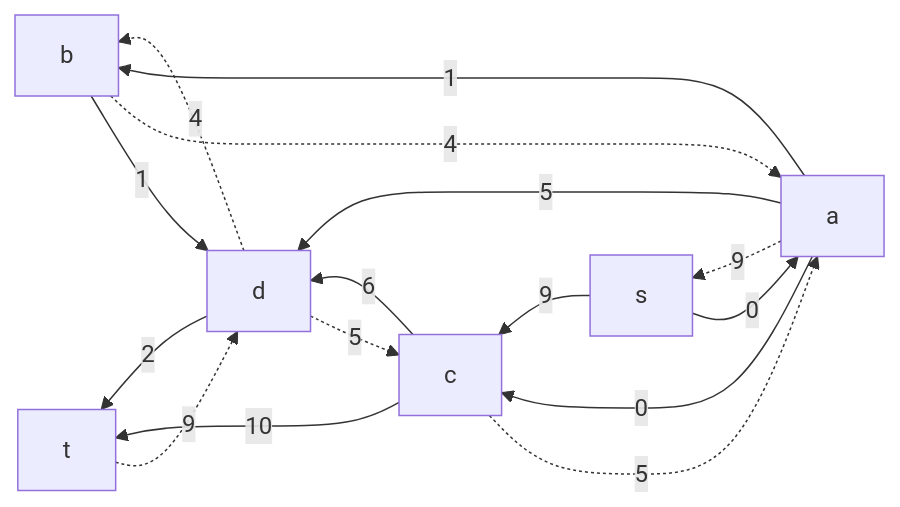
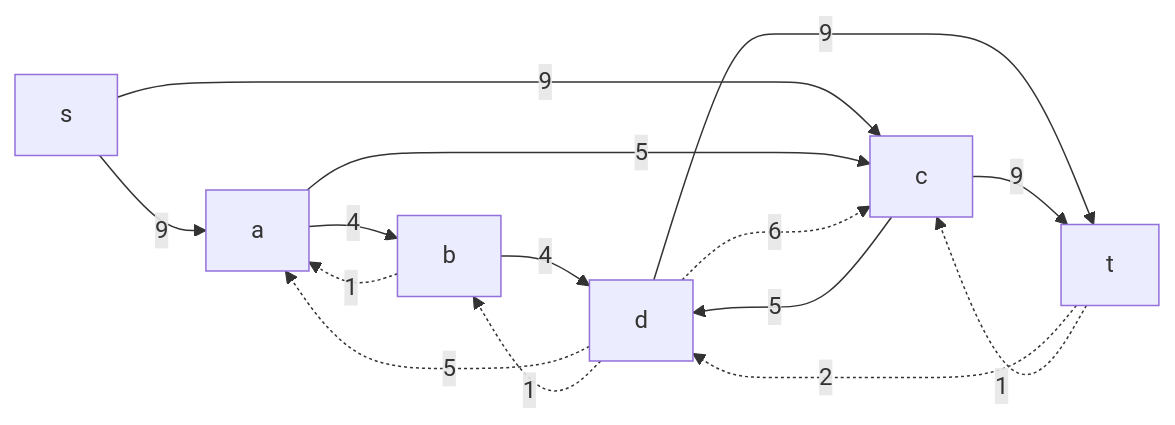
The fifth of 12 diagrams in task-10/goidaz.md (hse-algo-24-crow/manual-tasks-crow), drawn with Mermaid before and after one commit. The commit also changed other lines of this file, not shown here.

````diff
--- a/task-10/goidaz.md
+++ b/task-10/goidaz.md
@@ -108,19 +106,17 @@
 ```mermaid
-graph RL
-    a-.->|9|s   
-    b-.->|4|a    
-    c-.->|5|a    
-    d-.->|5|c    
-    d-.->|4|b  
-    t-.->|9|d 
-
-    s-->|0|a 
+graph LR
+    s-->|9|a
     s-->|9|c
-    a-->|1|b   
-    a-->|5|d
-    a-->|0|c
-    c-->|6|d
-    b-->|1|d      
-    d-->|2|t
-    c-->|10|t
+    b-.->|1|a
+    a-->|4|b
+    d-.->|5|a
+    a--->|5|c
+    d-.->|6|c
+    c--->|5|d
+    d-.->|1|b
+    b-->|4|d
+    t-.->|2|d
+    d-->|9|t
+    t-.->|1|c
+    c-->|9|t
 ```
````
